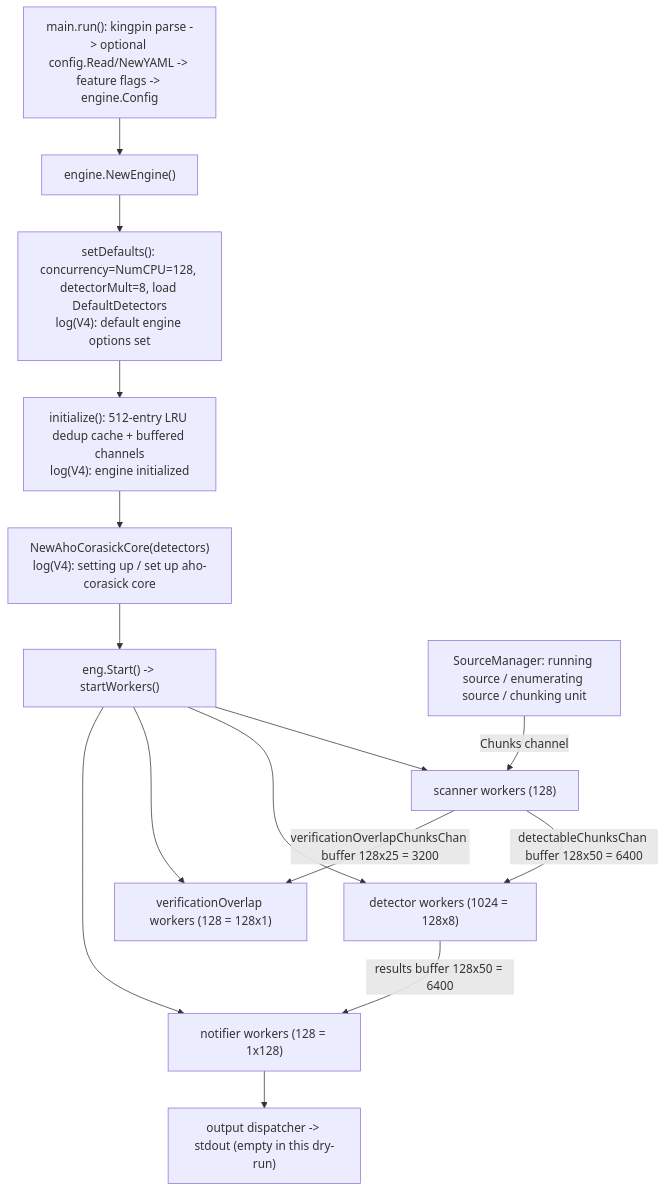
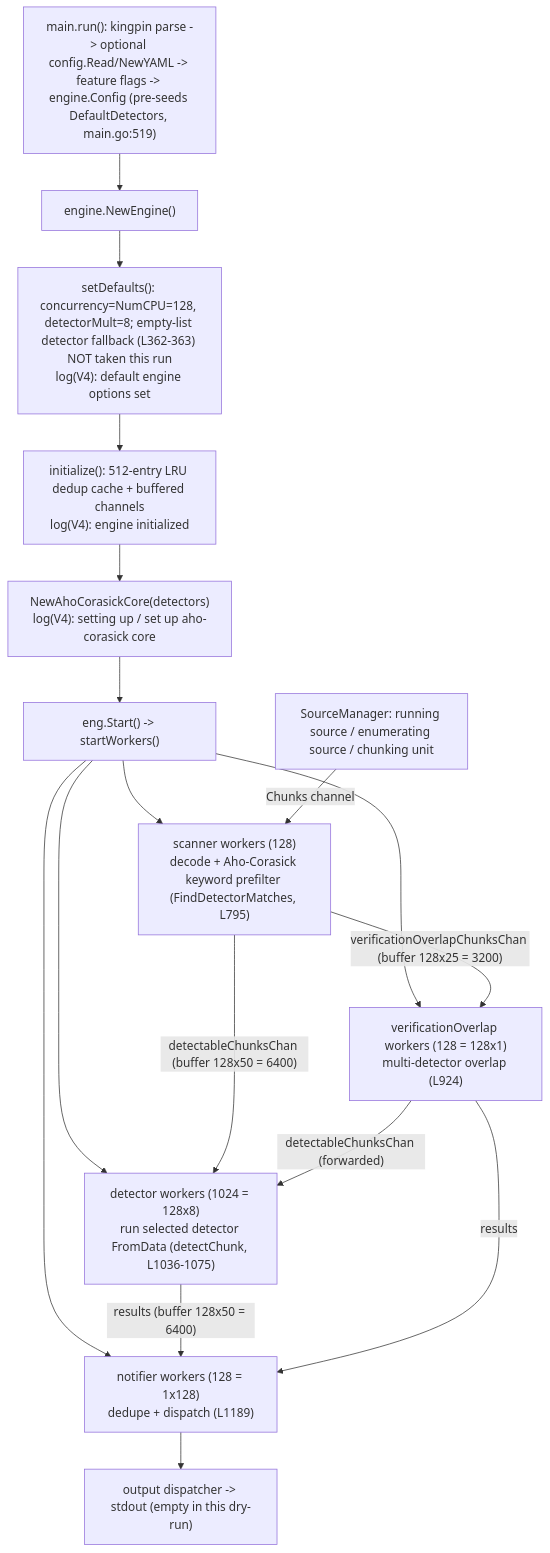
One commit to blitzy-research/trufflehog changed the diagram in blitzy/documentation/trufflehog_e42153d44a5e.md. Above: the diagram before and after it, drawn with Mermaid. The commit also changed other lines of this file, not shown here.

````diff
--- a/blitzy/documentation/trufflehog_e42153d44a5e.md
+++ b/blitzy/documentation/trufflehog_e42153d44a5e.md
@@ -215,18 +334,20 @@
 ```mermaid
 graph TD
-    CLI["main.run(): kingpin parse -> optional config.Read/NewYAML -> feature flags -> engine.Config"] --> NEW["engine.NewEngine()"]
-    NEW --> SD["setDefaults(): concurrency=NumCPU=128, detectorMult=8, load DefaultDetectors<br/>log(V4): default engine options set"]
+    CLI["main.run(): kingpin parse -> optional config.Read/NewYAML -> feature flags -> engine.Config (pre-seeds DefaultDetectors, main.go:519)"] --> NEW["engine.NewEngine()"]
+    NEW --> SD["setDefaults(): concurrency=NumCPU=128, detectorMult=8; empty-list detector fallback (L362-363) NOT taken this run<br/>log(V4): default engine options set"]
     SD --> INIT["initialize(): 512-entry LRU dedup cache + buffered channels<br/>log(V4): engine initialized"]
     INIT --> AC["NewAhoCorasickCore(detectors)<br/>log(V4): setting up / set up aho-corasick core"]
     AC --> START["eng.Start() -> startWorkers()"]
     SM["SourceManager: running source / enumerating source / chunking unit"]
-    START --> SW["scanner workers (128)"]
-    START --> DW["detector workers (1024 = 128x8)"]
-    START --> VW["verificationOverlap workers (128 = 128x1)"]
-    START --> NW["notifier workers (128 = 1x128)"]
+    START --> SW["scanner workers (128)<br/>decode + Aho-Corasick keyword prefilter (FindDetectorMatches, L795)"]
+    START --> DW["detector workers (1024 = 128x8)<br/>run selected detector FromData (detectChunk, L1036-1075)"]
+    START --> VW["verificationOverlap workers (128 = 128x1)<br/>multi-detector overlap (L924)"]
+    START --> NW["notifier workers (128 = 1x128)<br/>dedupe + dispatch (L1189)"]
     SM -->|"Chunks channel"| SW
-    SW -->|"detectableChunksChan buffer 128x50 = 6400"| DW
-    SW -->|"verificationOverlapChunksChan buffer 128x25 = 3200"| VW
-    DW -->|"results buffer 128x50 = 6400"| NW
+    SW -->|"detectableChunksChan (buffer 128x50 = 6400)"| DW
+    SW -->|"verificationOverlapChunksChan (buffer 128x25 = 3200)"| VW
+    VW -->|"detectableChunksChan (forwarded)"| DW
+    DW -->|"results (buffer 128x50 = 6400)"| NW
+    VW -->|"results"| NW
     NW --> OUT["output dispatcher -> stdout (empty in this dry-run)"]
 ```
````
